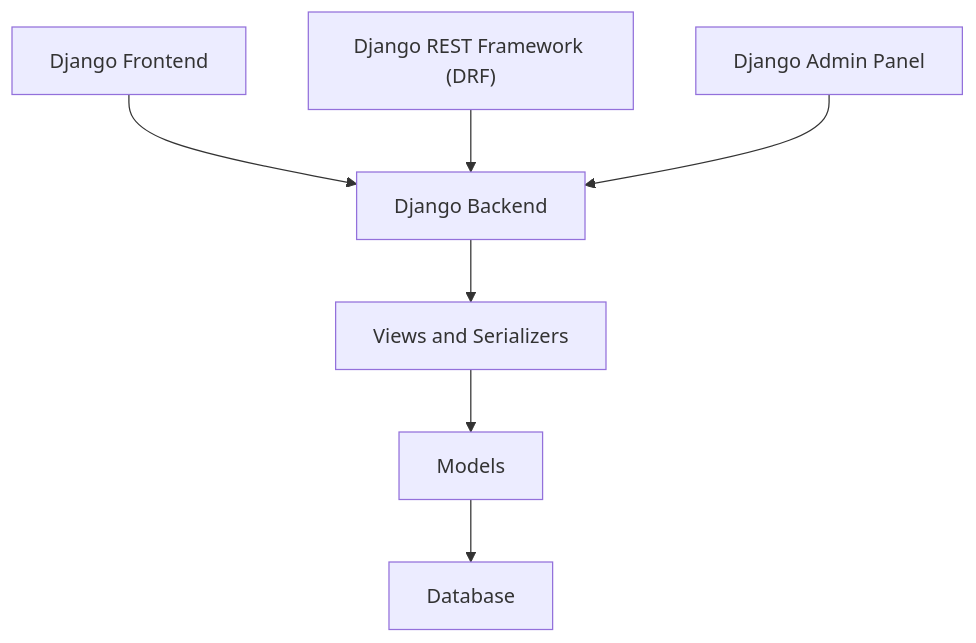
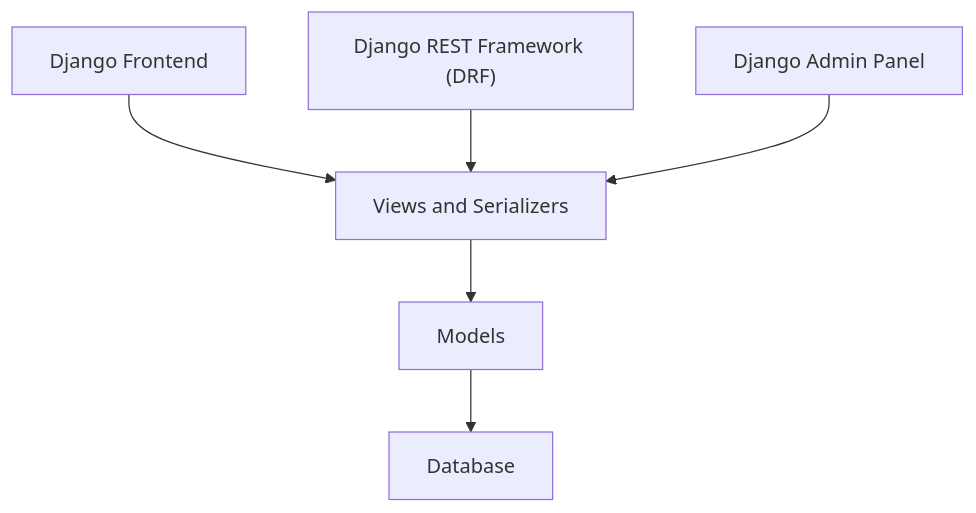
Before and after one commit to binaryloom/TaskManagementSystem: the diagram in docs/project_archetecture.md, drawn with Mermaid.

Commit message:
Mar 3, 2024, 10:25 PM

````diff
--- a/docs/project_archetecture.md
+++ b/docs/project_archetecture.md
@@ -7,11 +7,9 @@
 ```mermaid
 graph TD;
-    django_frontend["Django Frontend"] --> django_backend["Django Backend"];
-    api_server["Django REST Framework (DRF)"] --> django_backend;
-    django_admin["Django Admin Panel"] --> django_backend;
-    django_backend --> views["Views and Serializers"];
-
+    django_frontend["Django Frontend"] --> views["Views and Serializers"];
+    api_server["Django REST Framework (DRF)"] --> views;
+    django_admin["Django Admin Panel"] --> views;
     views --> orm_layer["Models"];
     orm_layer --> F["Database"];
 
 ```
````
